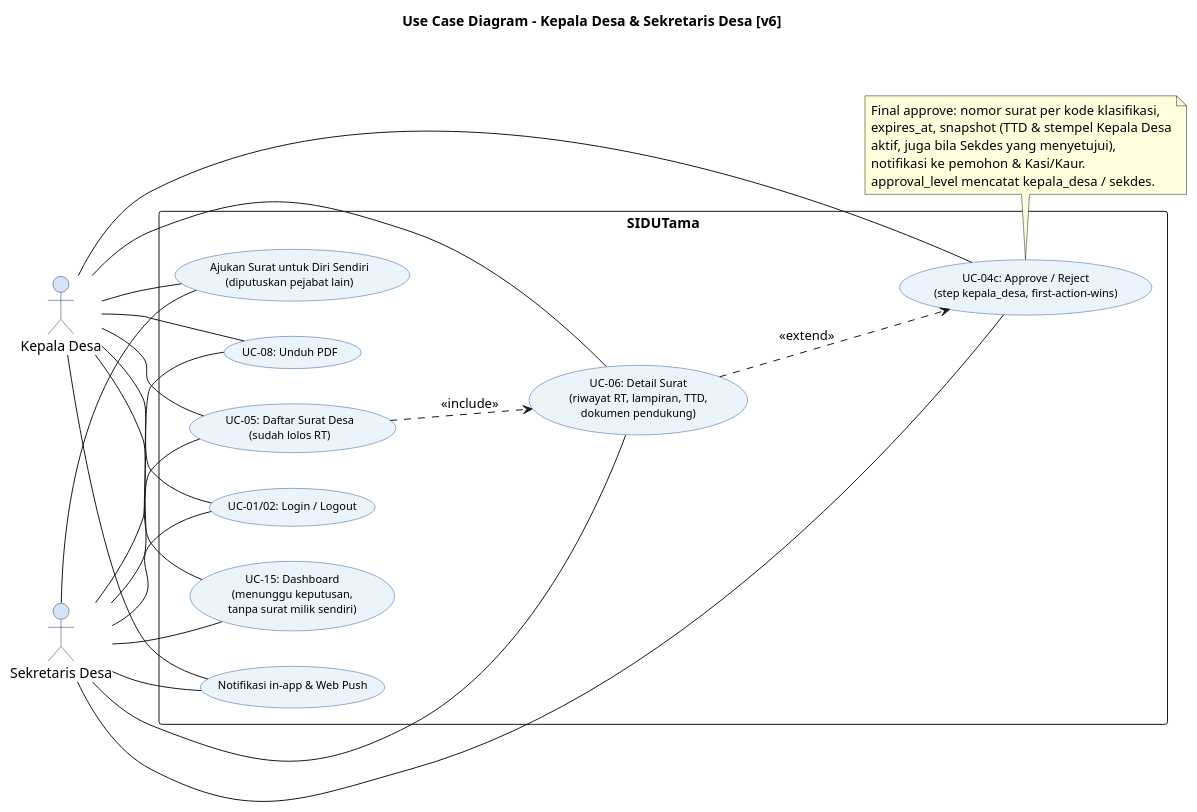
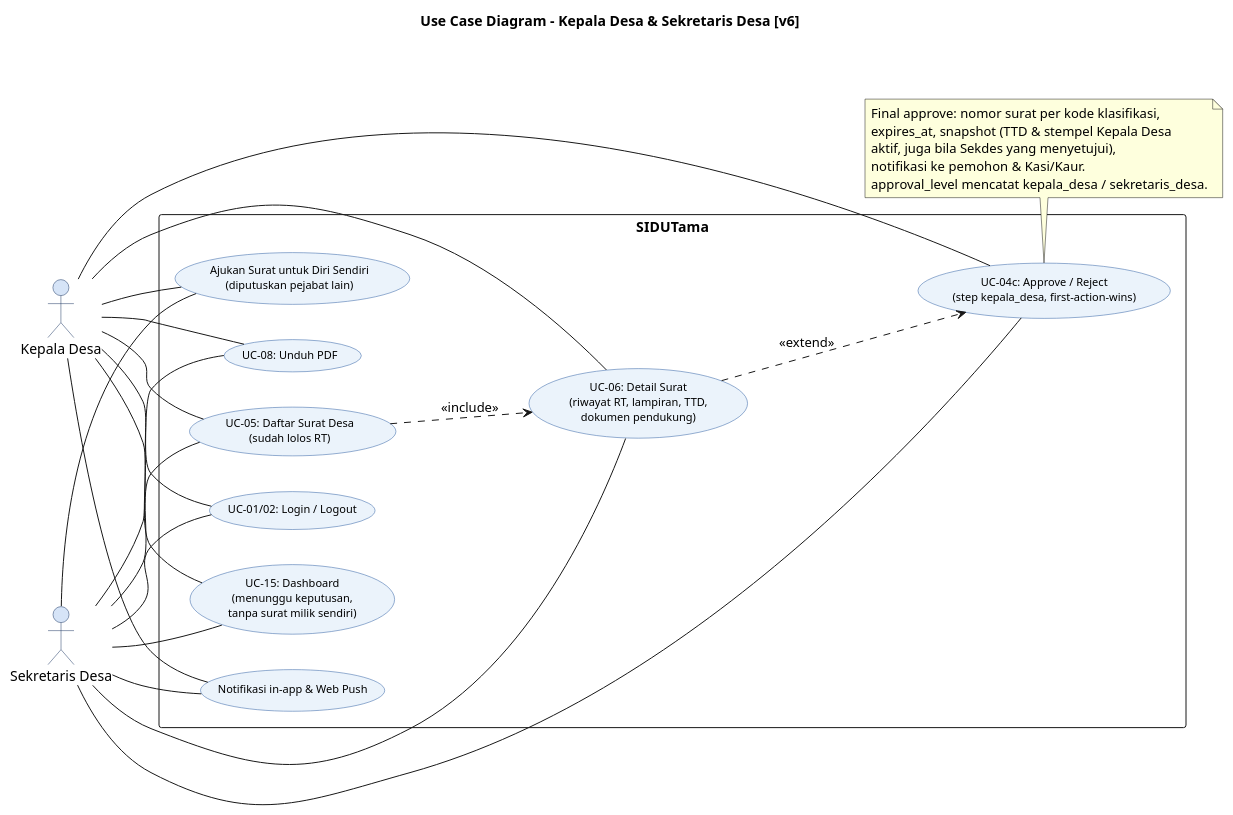
One commit to Vextronode/sid-app changed the diagram in docs/diagram/code/usecase/05_UC_KepalaDesa_SekretarisDesa_v6.puml. Above: the diagram before and after it, drawn with PlantUML. The commit also changed 69 other files, not shown here.

```diff
--- a/docs/diagram/code/usecase/05_UC_KepalaDesa_SekretarisDesa_v6.puml
+++ b/docs/diagram/code/usecase/05_UC_KepalaDesa_SekretarisDesa_v6.puml
@@ -10,57 +10,57 @@
 @startuml UC_Kades_v6
 left to right direction
 skinparam packageStyle rectangle
 skinparam backgroundColor #FFFFFF
 skinparam usecase {
   BackgroundColor #EBF3FB
   BorderColor #2E5FA3
   FontName Arial
   FontSize 11
 }
 skinparam actor {
   BackgroundColor #D6E4F7
   BorderColor #1F3864
 }
 title Use Case Diagram - Kepala Desa & Sekretaris Desa [v6]
 
 actor "Kepala Desa" as KD
 actor "Sekretaris Desa" as SK
 
 rectangle "SIDUTama" {
   usecase "UC-01/02: Login / Logout" as UC_AUTH
   usecase "UC-05: Daftar Surat Desa\n(sudah lolos RT)" as UC_LIST
   usecase "UC-06: Detail Surat\n(riwayat RT, lampiran, TTD,\ndokumen pendukung)" as UC_DETAIL
   usecase "UC-04c: Approve / Reject\n(step kepala_desa, first-action-wins)" as UC_DECIDE
   usecase "UC-08: Unduh PDF" as UC_DL
   usecase "UC-15: Dashboard\n(menunggu keputusan,\ntanpa surat milik sendiri)" as UC_DASH
   usecase "Notifikasi in-app & Web Push" as UC_NOTIF
   usecase "Ajukan Surat untuk Diri Sendiri\n(diputuskan pejabat lain)" as UC_SELF
 }
 
 KD -- UC_AUTH
 KD -- UC_LIST
 KD -- UC_DETAIL
 KD -- UC_DECIDE
 KD -- UC_DL
 KD -- UC_DASH
 KD -- UC_NOTIF
 KD -- UC_SELF
 SK -- UC_AUTH
 SK -- UC_LIST
 SK -- UC_DETAIL
 SK -- UC_DECIDE
 SK -- UC_DL
 SK -- UC_DASH
 SK -- UC_NOTIF
 SK -- UC_SELF
 UC_LIST ..> UC_DETAIL : <<include>>
 UC_DETAIL ..> UC_DECIDE : <<extend>>
 
 note bottom of UC_DECIDE
   Final approve: nomor surat per kode klasifikasi,
   expires_at, snapshot (TTD & stempel Kepala Desa
   aktif, juga bila Sekdes yang menyetujui),
   notifikasi ke pemohon & Kasi/Kaur.
-  approval_level mencatat kepala_desa / sekdes.
+  approval_level mencatat kepala_desa / sekretaris_desa.
 end note
 @enduml
```
